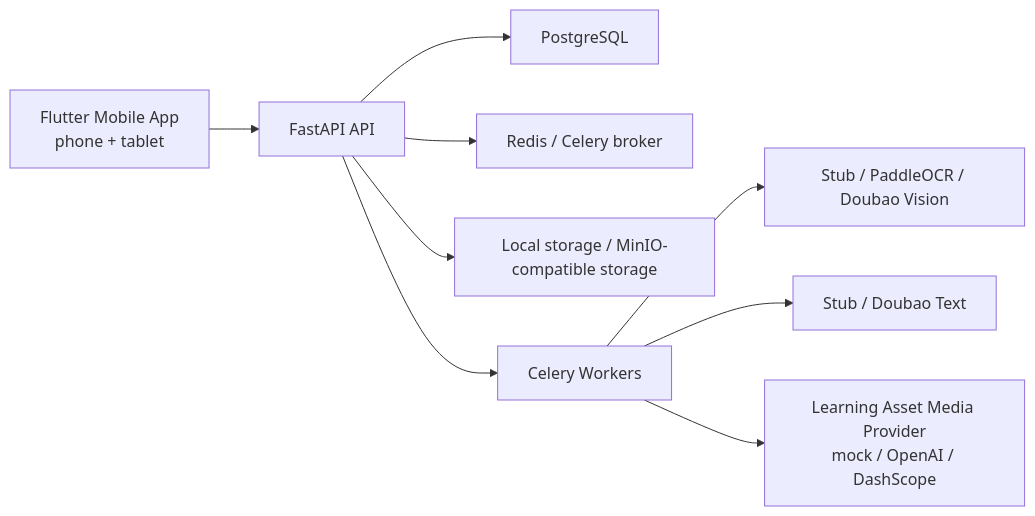
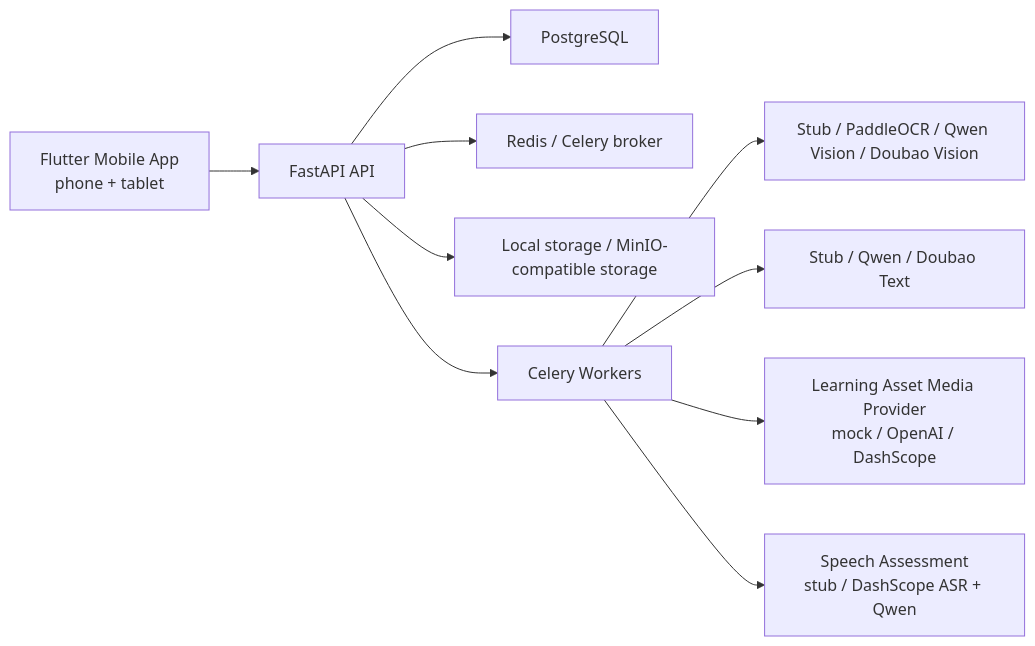
The first of 2 diagrams in docs/architecture/overview.md (anbulang/LearningEnglish), drawn with Mermaid before and after one commit. The commit also changed other lines of this file and 56 other files, not shown here.

````diff
--- a/docs/architecture/overview.md
+++ b/docs/architecture/overview.md
@@ -9,11 +9,12 @@
 ```mermaid
 flowchart LR
     Mobile["Flutter Mobile App<br/>phone + tablet"] --> API["FastAPI API"]
     API --> Postgres["PostgreSQL"]
     API --> Redis["Redis / Celery broker"]
     API --> Storage["Local storage / MinIO-compatible storage"]
     API --> Workers["Celery Workers"]
-    Workers --> OCR["Stub / PaddleOCR / Doubao Vision"]
-    Workers --> LLM["Stub / Doubao Text"]
+    Workers --> OCR["Stub / PaddleOCR / Qwen Vision / Doubao Vision"]
+    Workers --> LLM["Stub / Qwen / Doubao Text"]
     Workers --> Media["Learning Asset Media Provider<br/>mock / OpenAI / DashScope"]
+    Workers --> Speech["Speech Assessment<br/>stub / DashScope ASR + Qwen"]
 ```
````
